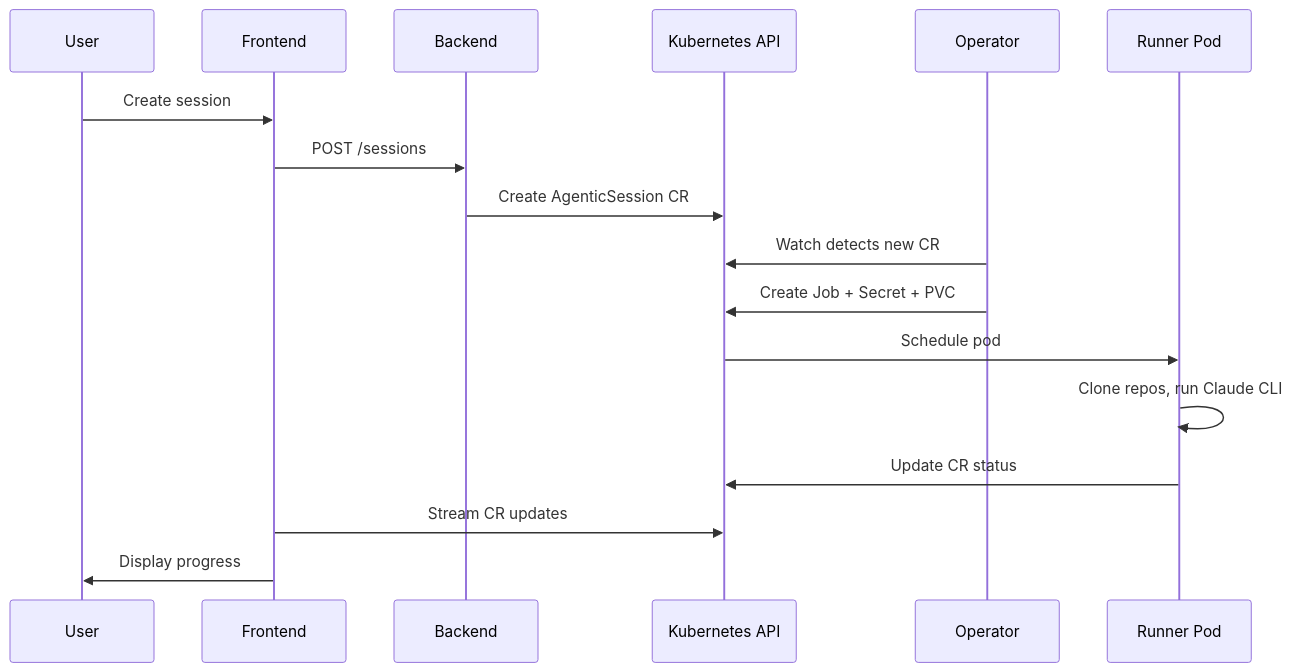
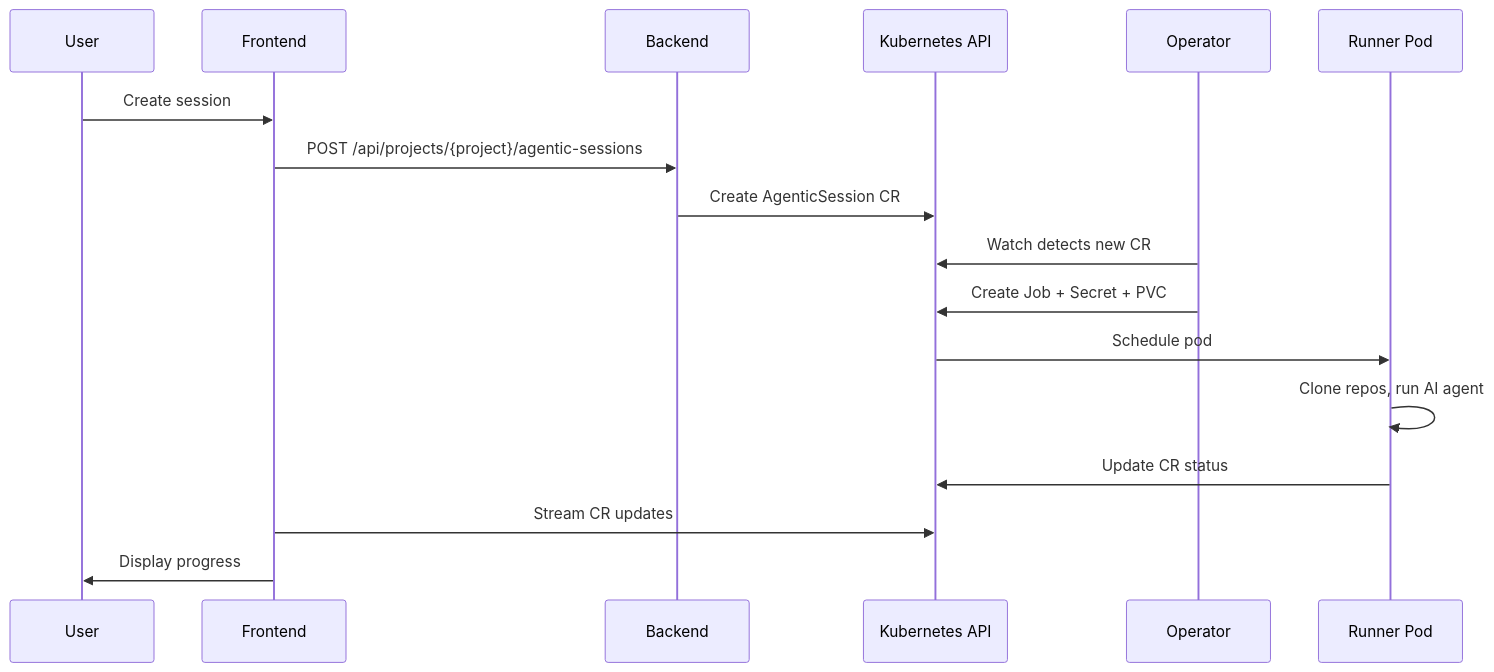
One commit to ambient-code/platform changed the diagram in docs/src/content/docs/development/architecture.md. Above: the diagram before and after it, drawn with Mermaid. The commit also changed other lines of this file and 6 other files, not shown here.

````diff
--- a/docs/src/content/docs/development/architecture.md
+++ b/docs/src/content/docs/development/architecture.md
@@ -16,20 +16,20 @@
 ```mermaid
 sequenceDiagram
     participant User
     participant Frontend
     participant Backend
     participant K8s as Kubernetes API
     participant Operator
     participant Job as Runner Pod
 
     User->>Frontend: Create session
-    Frontend->>Backend: POST /sessions
+    Frontend->>Backend: POST /api/projects/{project}/agentic-sessions
     Backend->>K8s: Create AgenticSession CR
     Operator->>K8s: Watch detects new CR
     Operator->>K8s: Create Job + Secret + PVC
     K8s->>Job: Schedule pod
-    Job->>Job: Clone repos, run Claude CLI
+    Job->>Job: Clone repos, run AI agent
     Job->>K8s: Update CR status
     Frontend->>K8s: Stream CR updates
     Frontend->>User: Display progress
 ```
````
